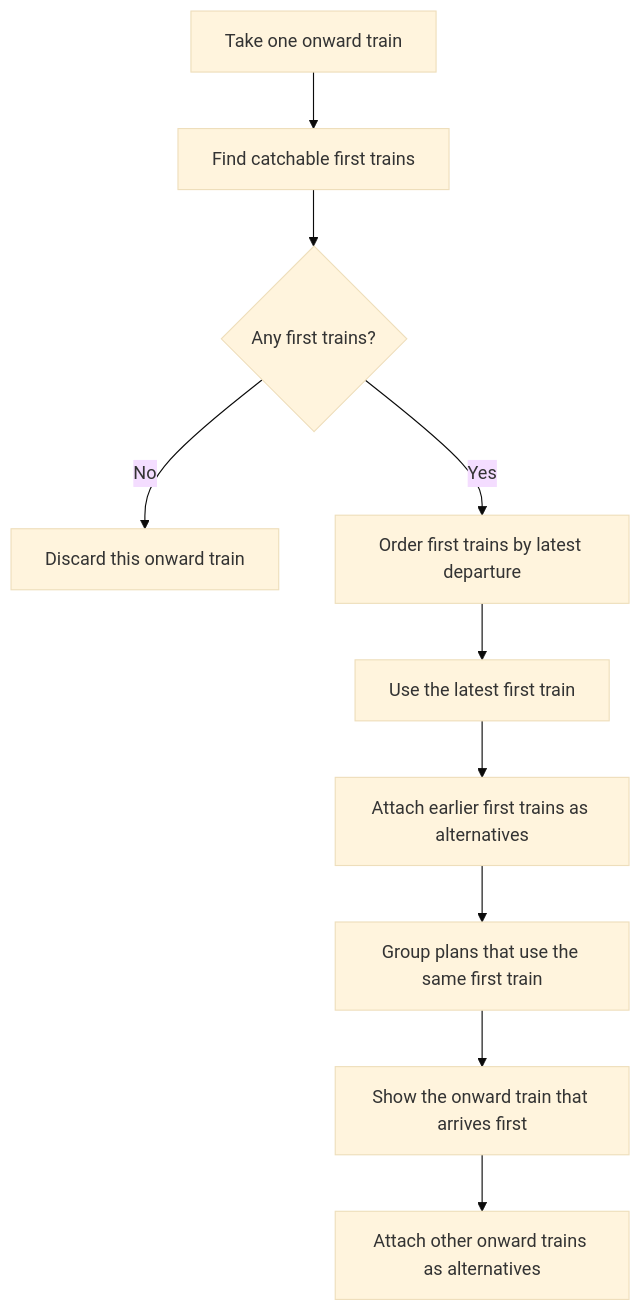
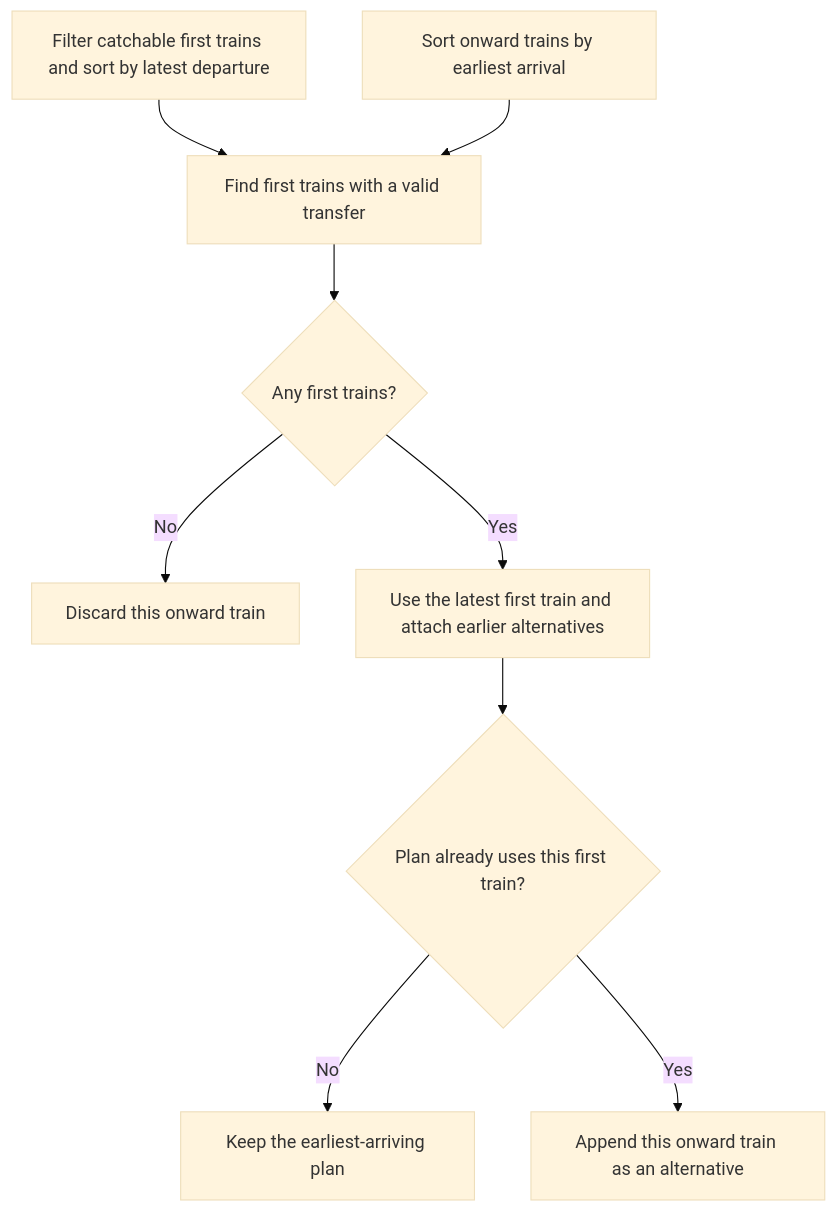
One commit to nd9600/trainDashboard changed the third of 5 diagrams in docs/journey-planning.md. Above: the diagram before and after it, drawn with Mermaid (base theme). The commit also changed other lines of this file and 109 other files, not shown here.

````diff
--- a/docs/journey-planning.md
+++ b/docs/journey-planning.md
@@ -80,23 +82,21 @@
 ```mermaid
 flowchart TD
-    onward[Take one onward train]
-    matching[Find catchable first trains]
+    first[Filter catchable first trains and sort by latest departure]
+    onward[Sort onward trains by earliest arrival]
+    matching[Find first trains with a valid transfer]
     any{Any first trains?}
     discard[Discard this onward train]
-    order[Order first trains by latest departure]
-    plan[Use the latest first train]
-    firstAlternatives[Attach earlier first trains as alternatives]
-    group[Group plans that use the same first train]
-    onwardMain[Show the onward train that arrives first]
-    onwardAlternatives[Attach other onward trains as alternatives]
+    plan[Use the latest first train and attach earlier alternatives]
+    exists{Plan already uses this first train?}
+    add[Keep the earliest-arriving plan]
+    alternative[Append this onward train as an alternative]
 
+    first --> matching
     onward --> matching
     matching --> any
     any -->|No| discard
-    any -->|Yes| order
-    order --> plan
-    plan --> firstAlternatives
-    firstAlternatives --> group
-    group --> onwardMain
-    onwardMain --> onwardAlternatives
+    any -->|Yes| plan
+    plan --> exists
+    exists -->|No| add
+    exists -->|Yes| alternative
 ```
````
